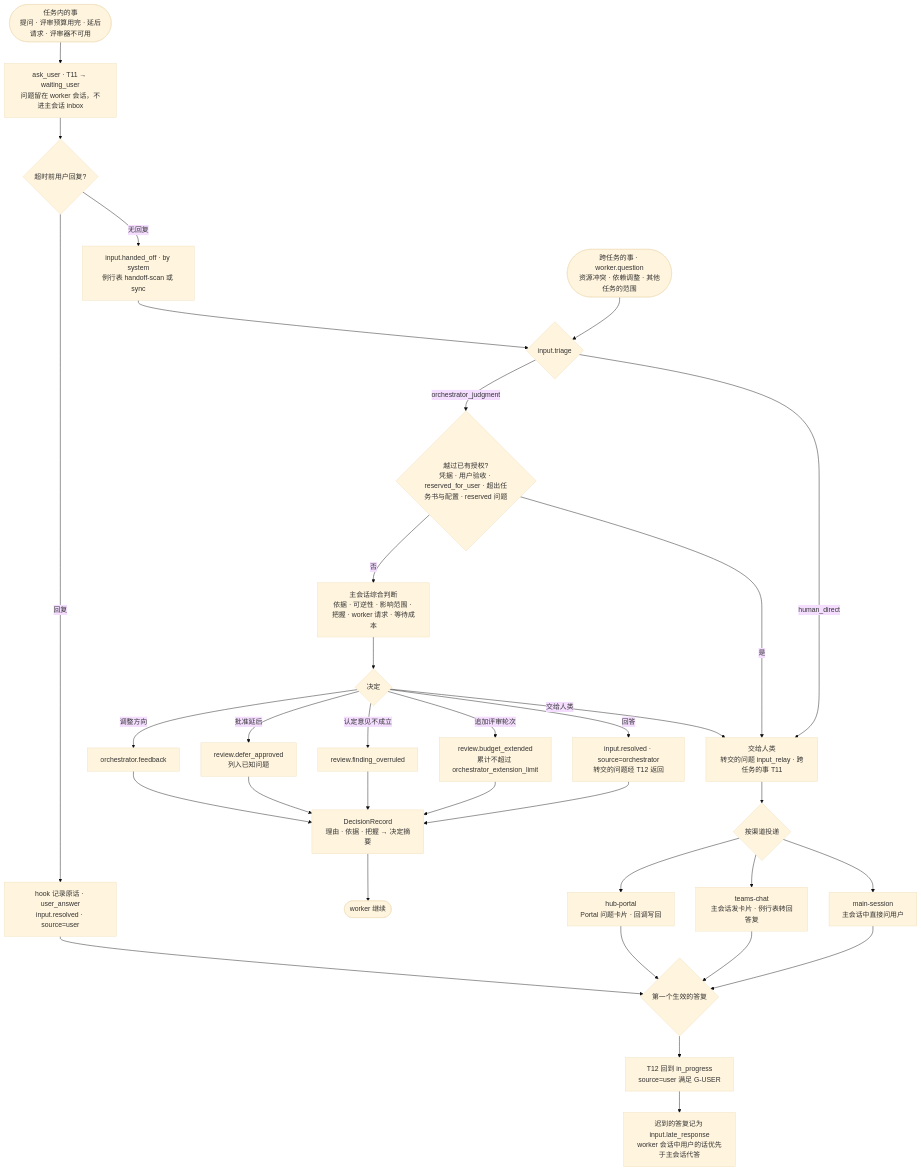
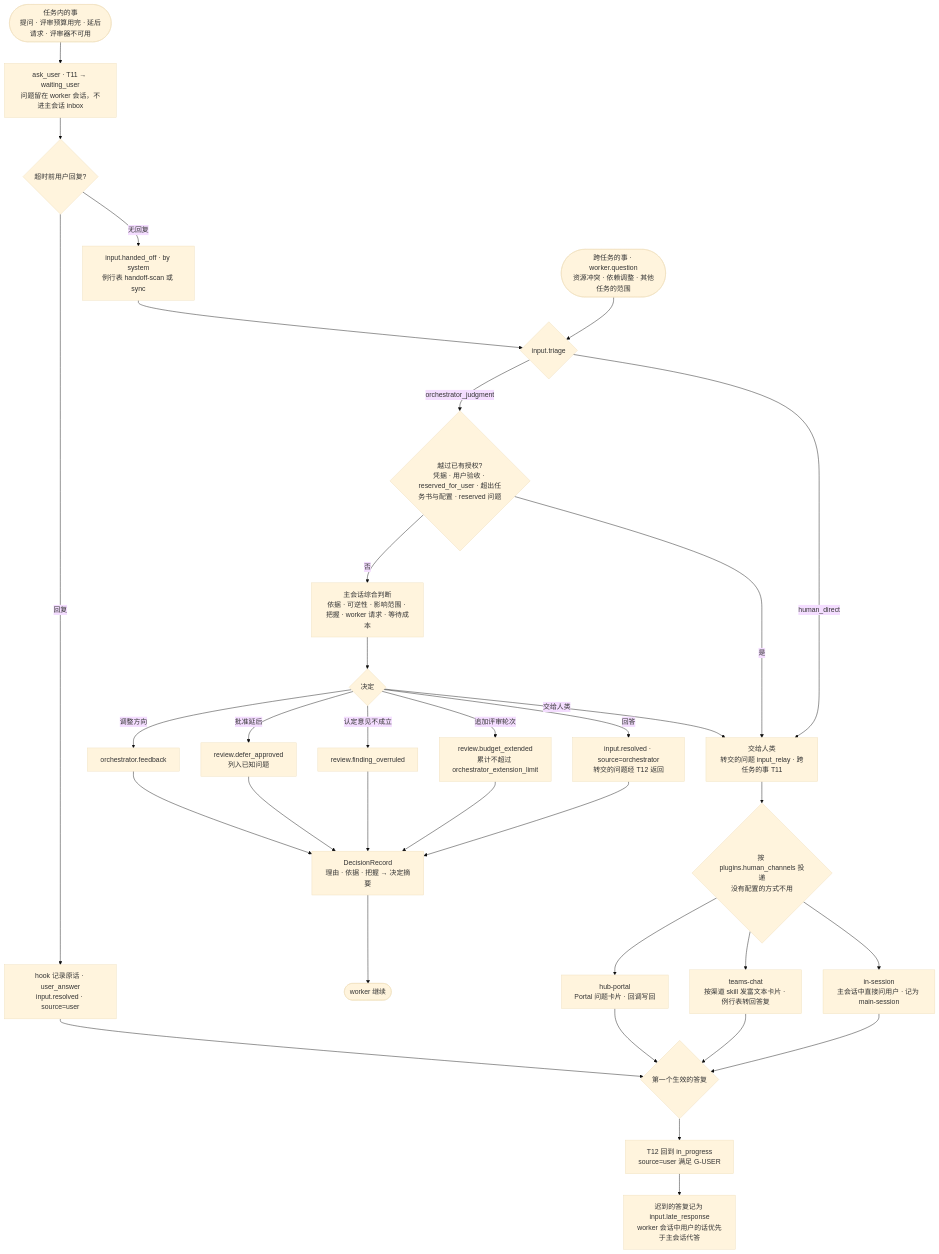
The diagram in docs/design/diagrams/input-routing.mmd (flyrobin620/task-steward), drawn with Mermaid (base theme) before and after one commit. The commit also changed 24 other files, not shown here.

First line of the commit message:
host: question flow skill and rich-text Teams cards (T256) (#32)

```diff
--- a/docs/design/diagrams/input-routing.mmd
+++ b/docs/design/diagrams/input-routing.mmd
@@ -1,35 +1,35 @@
 flowchart TD
     Q1([任务内的事<br/>提问 · 评审预算用完 · 延后请求 · 评审器不可用]) --> ASK
     Q2([跨任务的事 · worker.question<br/>资源冲突 · 依赖调整 · 其他任务的范围]) --> J
     ASK[ask_user · T11 → waiting_user<br/>问题留在 worker 会话，不进主会话 inbox] --> U{超时前用户回复?}
     U -- 回复 --> UA[hook 记录原话 · user_answer<br/>input.resolved · source=user]
     U -- 无回复 --> HO[input.handed_off · by system<br/>例行表 handoff-scan 或 sync]
     HO --> J
     J{input.triage}
     J -- human_direct --> ESC
     J -- orchestrator_judgment --> A{越过已有授权?<br/>凭据 · 用户验收 · reserved_for_user · 超出任务书与配置 · reserved 问题}
     A -- 是 --> ESC
     A -- 否 --> F[主会话综合判断<br/>依据 · 可逆性 · 影响范围 · 把握 · worker 请求 · 等待成本]
     F --> D{决定}
     D -- 回答 --> R1[input.resolved · source=orchestrator<br/>转交的问题经 T12 返回]
     D -- 追加评审轮次 --> R2[review.budget_extended<br/>累计不超过 orchestrator_extension_limit]
     D -- 认定意见不成立 --> R3[review.finding_overruled]
     D -- 批准延后 --> R4[review.defer_approved<br/>列入已知问题]
     D -- 调整方向 --> R5[orchestrator.feedback]
     D -- 交给人类 --> ESC
     R1 --> DR[DecisionRecord<br/>理由 · 依据 · 把握 → 决定摘要]
     R2 --> DR
     R3 --> DR
     R4 --> DR
     R5 --> DR
     DR --> W1([worker 继续])
-    ESC[交给人类<br/>转交的问题 input_relay · 跨任务的事 T11] --> CH{按渠道投递}
-    CH --> S1[main-session<br/>主会话中直接问用户]
-    CH --> S2[teams-chat<br/>主会话发卡片 · 例行表转回答复]
+    ESC[交给人类<br/>转交的问题 input_relay · 跨任务的事 T11] --> CH{按 plugins.human_channels 投递<br/>没有配置的方式不用}
+    CH --> S1[in-session<br/>主会话中直接问用户 · 记为 main-session]
+    CH --> S2[teams-chat<br/>按渠道 skill 发富文本卡片 · 例行表转回答复]
     CH --> S3[hub-portal<br/>Portal 问题卡片 · 回调写回]
     S1 --> V{第一个生效的答复}
     S2 --> V
     S3 --> V
     UA --> V
     V --> RR[T12 回到 in_progress<br/>source=user 满足 G-USER]
     RR --> C[迟到的答复记为 input.late_response<br/>worker 会话中用户的话优先于主会话代答]
```
